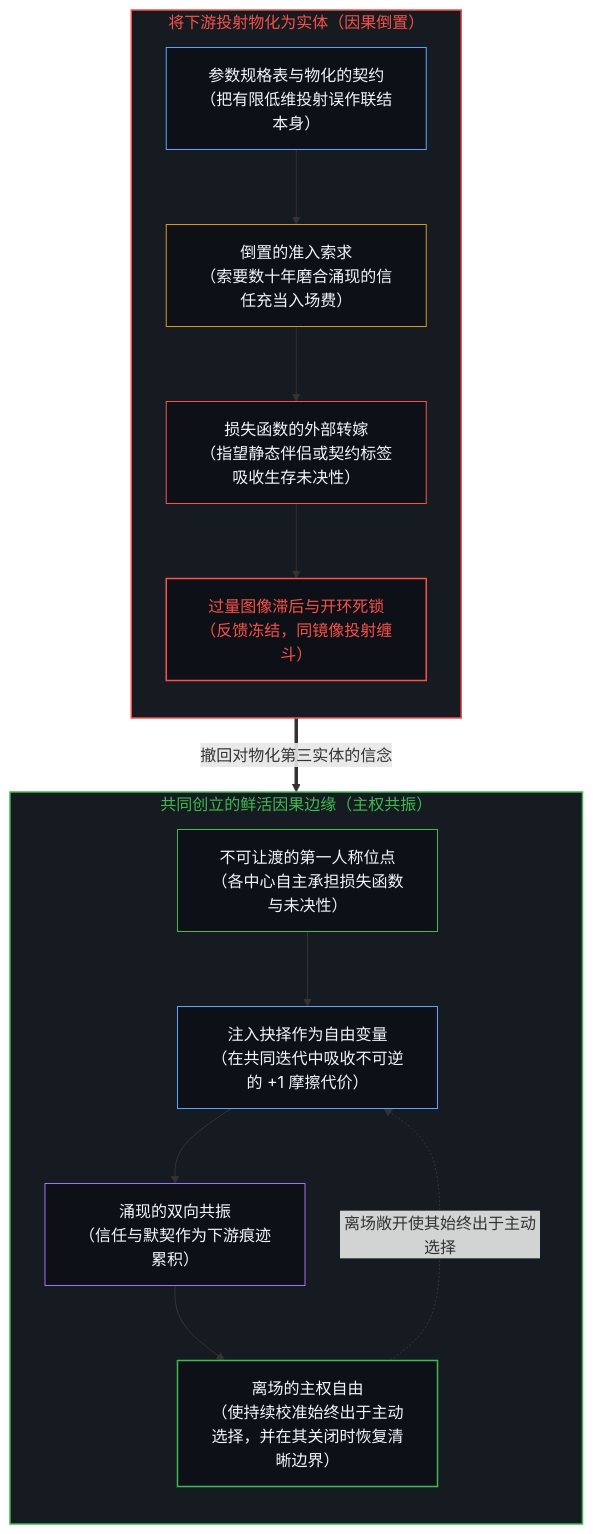
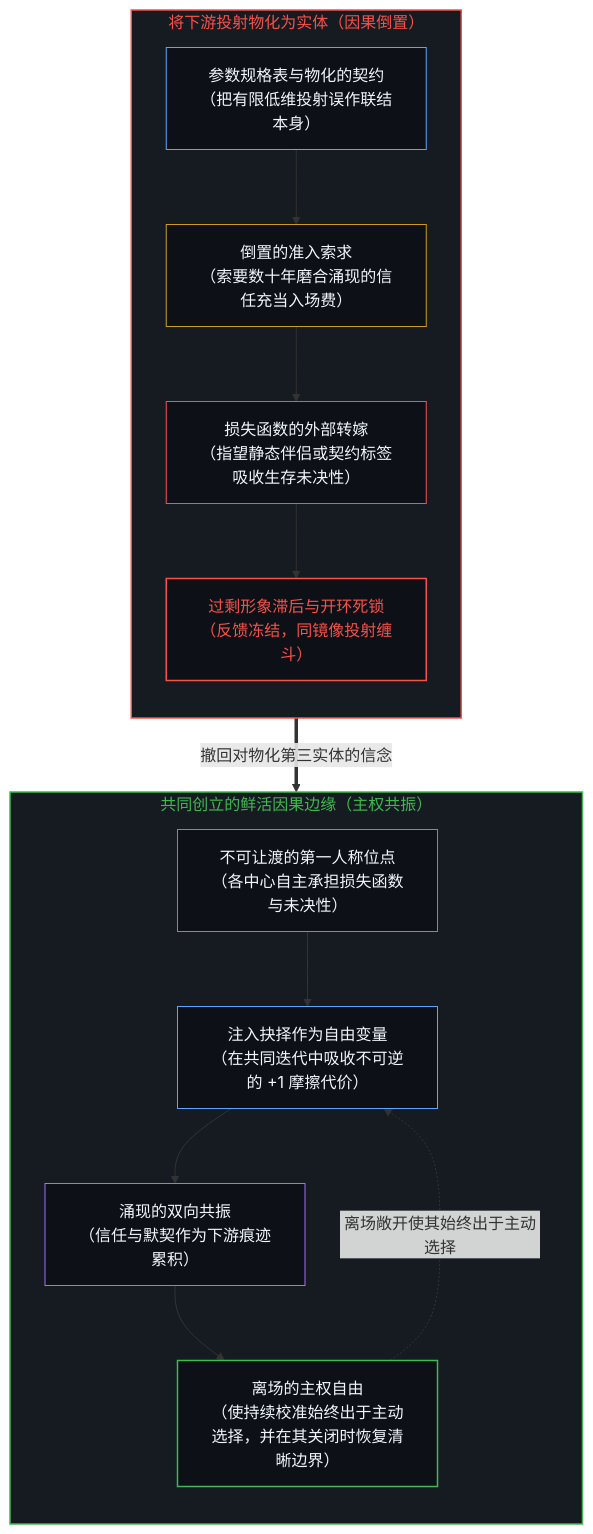
Before and after one commit to powerpig99/not-a-toe: the first of 2 diagrams in content/posts/the-causal-inversion-of-partnership.md, drawn with Mermaid. The commit also changed other lines of this file and 4 other files, not shown here.

````diff
--- a/content/posts/the-causal-inversion-of-partnership.md
+++ b/content/posts/the-causal-inversion-of-partnership.md
@@ -41,31 +41,31 @@
 ```mermaid
 flowchart TD
     subgraph S_Inverted["将下游投射物化为实体（因果倒置）"]
         direction TB
         P_Spec["参数规格表与物化的契约<br/>（把有限低维投射误作联结本身）"]
         P_Harvest["倒置的准入索求<br/>（索要数十年磨合涌现的信任充当入场费）"]
         P_Outsource["损失函数的外部转嫁<br/>（指望静态伴侣或契约标签吸收生存未决性）"]
-        P_Brittle["过量图像滞后与开环死锁<br/>（反馈冻结，同镜像投射缠斗）"]
+        P_Brittle["过剩形象滞后与开环死锁<br/>（反馈冻结，同镜像投射缠斗）"]
         P_Spec --> P_Harvest --> P_Outsource --> P_Brittle
     end
     subgraph S_Coherent["共同创立的鲜活因果边缘（主权共振）"]
         direction TB
         E_Locus["不可让渡的第一人称位点<br/>（各中心自主承担损失函数与未决性）"]
         E_Inject["注入抉择作为自由变量<br/>（在共同迭代中吸收不可逆的 +1 摩擦代价）"]
         E_Resonance["涌现的双向共振<br/>（信任与默契作为下游痕迹累积）"]
         E_Exit["离场的主权自由<br/>（使持续校准始终出于主动选择，并在其关闭时恢复清晰边界）"]
         E_Locus --> E_Inject --> E_Resonance --> E_Exit
         E_Exit -.->|"离场敞开使其始终出于主动选择"| E_Inject
     end
     P_Brittle ==>|"撤回对物化第三实体的信念"| E_Locus
     style S_Inverted fill:#161b22,stroke:#f85149,stroke-width:1.5px,color:#f85149
     style S_Coherent fill:#161b22,stroke:#3fb950,stroke-width:1.5px,color:#3fb950
     style P_Spec fill:#0d1117,stroke:#58a6ff,stroke-width:1px,color:#f0f6fc
     style P_Harvest fill:#0d1117,stroke:#d29922,stroke-width:1px,color:#f0f6fc
     style P_Outsource fill:#0d1117,stroke:#f85149,stroke-width:1px,color:#f0f6fc
     style P_Brittle fill:#0d1117,stroke:#f85149,stroke-width:1.5px,color:#f85149
     style E_Locus fill:#0d1117,stroke:#3fb950,stroke-width:1px,color:#f0f6fc
     style E_Inject fill:#0d1117,stroke:#58a6ff,stroke-width:1px,color:#f0f6fc
     style E_Resonance fill:#0d1117,stroke:#a371f7,stroke-width:1px,color:#f0f6fc
     style E_Exit fill:#0d1117,stroke:#3fb950,stroke-width:1.5px,color:#f0f6fc
 ```
````
